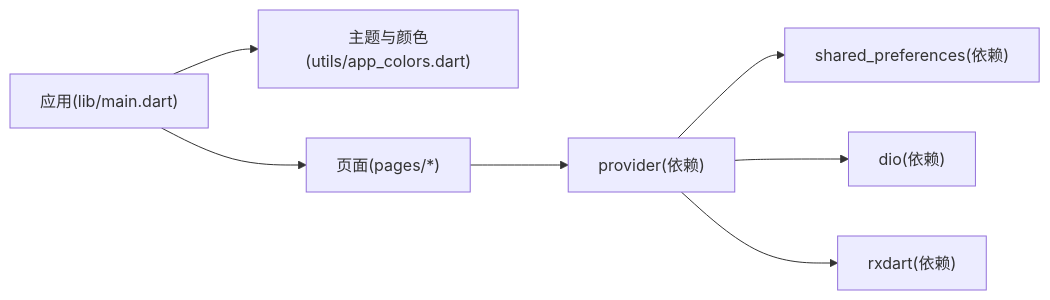
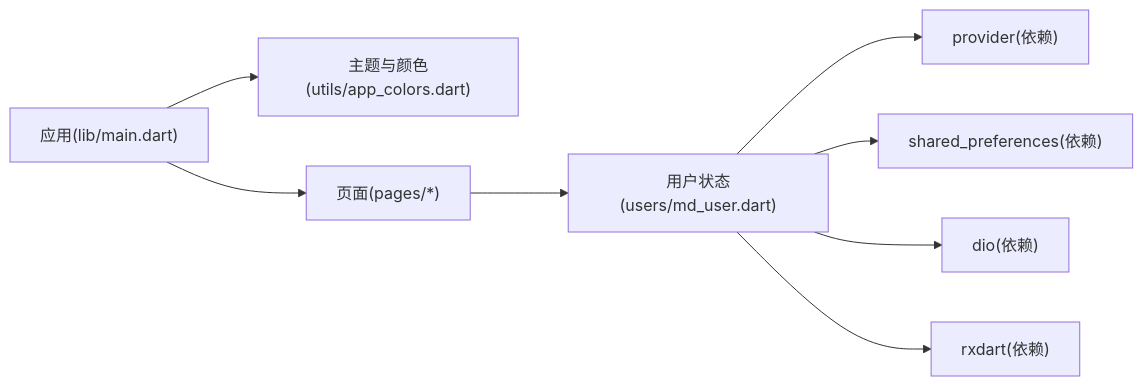
The fourth of 4 diagrams in .qoder/repowiki/zh/content/架构设计/状态管理.md (sfandy126/zslx_flutter), drawn with Mermaid before and after one commit. The commit also changed other lines of this file and 43 other files, not shown here.

````diff
--- a/.qoder/repowiki/zh/content/架构设计/状态管理.md
+++ b/.qoder/repowiki/zh/content/架构设计/状态管理.md
@@ -210,9 +277,10 @@
 ```mermaid
 graph LR
 App["应用(lib/main.dart)"] --> Theme["主题与颜色(utils/app_colors.dart)"]
 App --> Pages["页面(pages/*)"]
-Pages --> Provider["provider(依赖)"]
-Provider --> Persist["shared_preferences(依赖)"]
-Provider --> Net["dio(依赖)"]
-Provider --> Rx["rxdart(依赖)"]
+Pages --> MDUser["用户状态(users/md_user.dart)"]
+MDUser --> Provider["provider(依赖)"]
+MDUser --> Persist["shared_preferences(依赖)"]
+MDUser --> Net["dio(依赖)"]
+MDUser --> Rx["rxdart(依赖)"]
 ```
````
